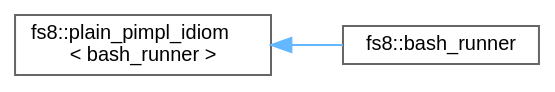
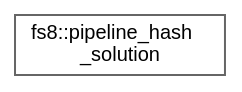
The diagram in api/inherit_graph_86.dot (the-moisrex/foresight), drawn with Graphviz before and after one commit. The commit also changed 211 other files, not shown here.

```diff
--- a/api/inherit_graph_86.dot
+++ b/api/inherit_graph_86.dot
@@ -1,11 +1,9 @@
 digraph "Graphical Class Hierarchy"
 {
  // LATEX_PDF_SIZE
   bgcolor="transparent";
   edge [fontname=Helvetica,fontsize=10,labelfontname=Helvetica,labelfontsize=10];
   node [fontname=Helvetica,fontsize=10,shape=box,height=0.2,width=0.4];
   rankdir="LR";
-  Node0 [id="Node000000",label="fs8::plain_pimpl_idiom\l\< bash_runner \>",height=0.2,width=0.4,color="grey40", fillcolor="white", style="filled",URL="$structfs8_1_1plain__pimpl__idiom.html",tooltip=" "];
-  Node0 -> Node1 [id="edge93_Node000000_Node000001",dir="back",color="steelblue1",style="solid",tooltip=" "];
-  Node1 [id="Node000001",label="fs8::bash_runner",height=0.2,width=0.4,color="grey40", fillcolor="white", style="filled",URL="$structfs8_1_1bash__runner.html",tooltip=" "];
+  Node0 [id="Node000000",label="fs8::pipeline_hash\l_solution",height=0.2,width=0.4,color="grey40", fillcolor="white", style="filled",URL="$structfs8_1_1pipeline__hash__solution.html",tooltip="Hash the pipeline's mod types via their typeid().name()."];
 }
```
